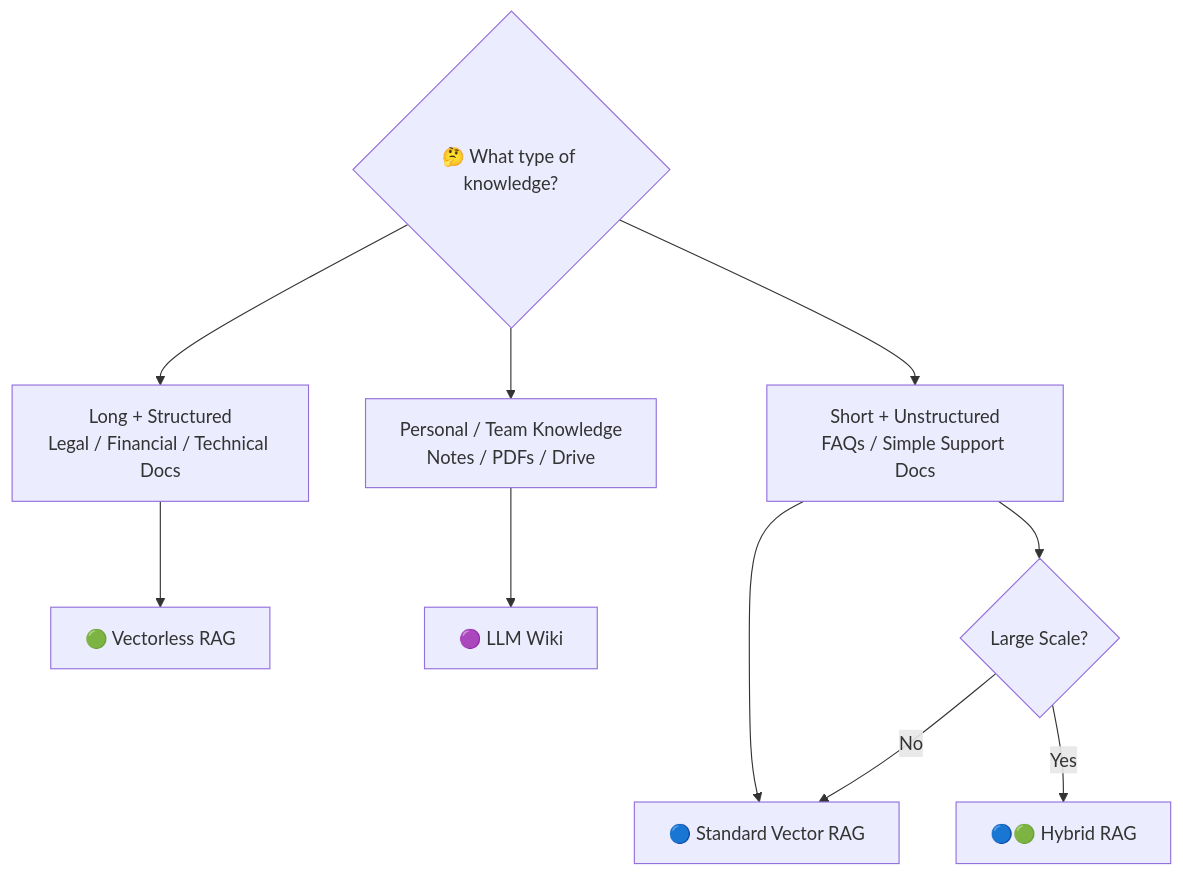
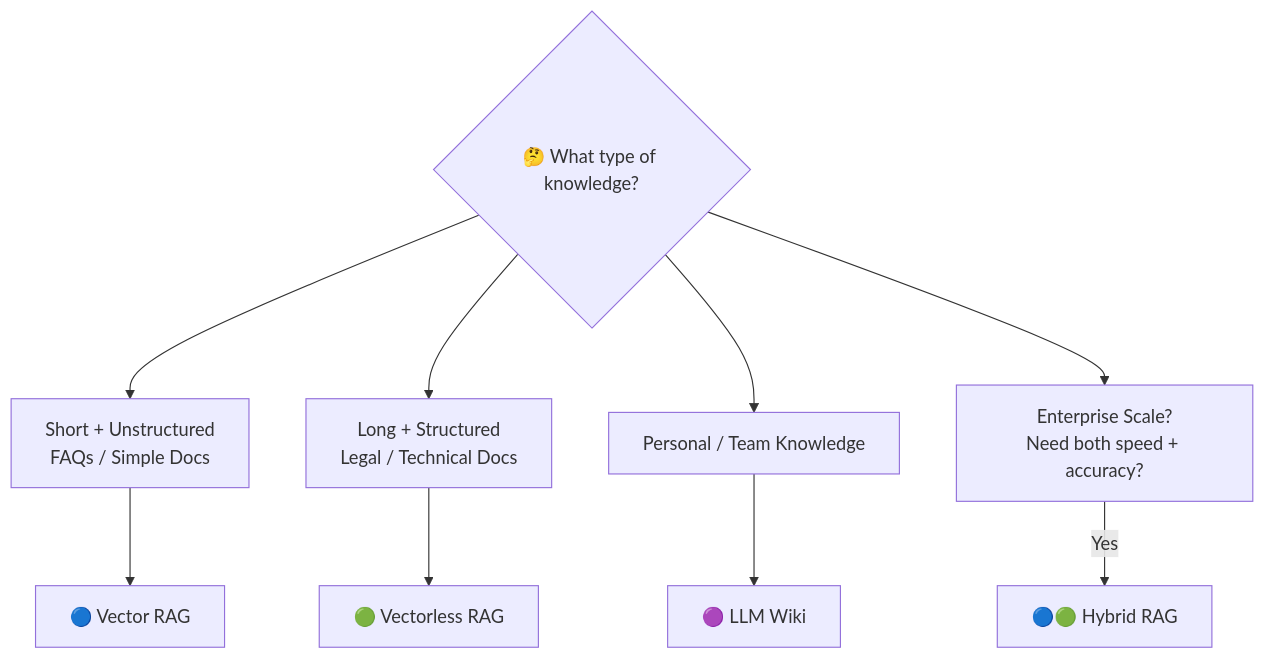
One commit to Amie-dev/FDE-and-GenAI-Mastery changed diagram 14 of 16 in Lecture 18 - Vectorless RAG and LLM Wiki/notes/Lecture_18_Complete_Notes.md. Above: the diagram before and after it, drawn with Mermaid. The commit also changed other lines of this file and 6 other files, not shown here.

First line of the commit message:
Enhance Lecture 18 notes on Vectorless RAG and LLM Wiki

````diff
--- a/Lecture 18 - Vectorless RAG and LLM Wiki/notes/Lecture_18_Complete_Notes.md
+++ b/Lecture 18 - Vectorless RAG and LLM Wiki/notes/Lecture_18_Complete_Notes.md
@@ -642,13 +599,12 @@
 ```mermaid
 flowchart TD
     START{"🤔 What type of knowledge?"}
-    START --> SHORT["Short + Unstructured<br/>FAQs / Simple Support Docs"]
-    START --> COMPLEX["Long + Structured<br/>Legal / Financial / Technical Docs"]
-    START --> WIKI["Personal / Team Knowledge<br/>Notes / PDFs / Drive"]
-    SHORT --> VECTOR["🔵 Standard Vector RAG"]
+    START --> SHORT["Short + Unstructured<br/>FAQs / Simple Docs"]
+    START --> COMPLEX["Long + Structured<br/>Legal / Technical Docs"]
+    START --> WIKI["Personal / Team Knowledge"]
+    SHORT --> VECTOR["🔵 Vector RAG"]
     COMPLEX --> TREE["🟢 Vectorless RAG"]
     WIKI --> LLMWIKI["🟣 LLM Wiki"]
-    SHORT --> HYBRID{"Large Scale?"}
-    HYBRID -->|Yes| HV["🔵🟢 Hybrid RAG"]
-    HYBRID -->|No| VECTOR
+    START --> ENTERPRISE["Enterprise Scale?<br/>Need both speed + accuracy?"]
+    ENTERPRISE -->|Yes| HYBRID["🔵🟢 Hybrid RAG"]
 ```
````
